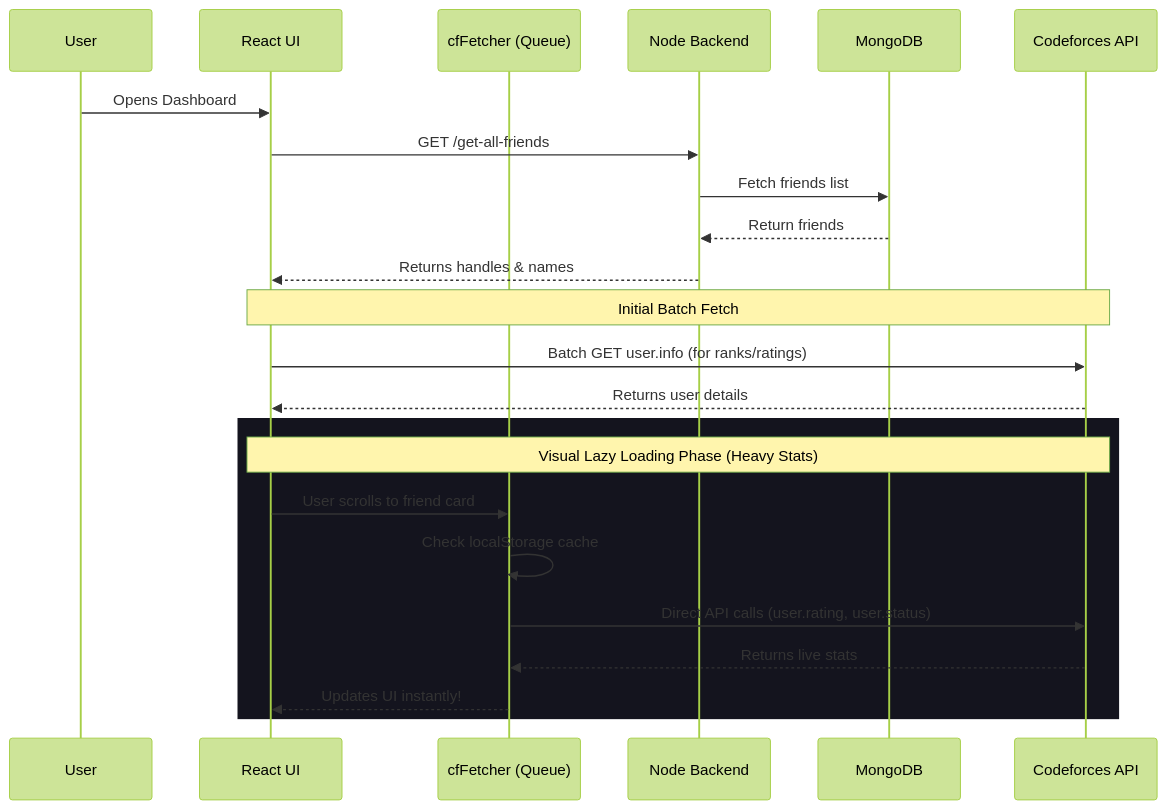
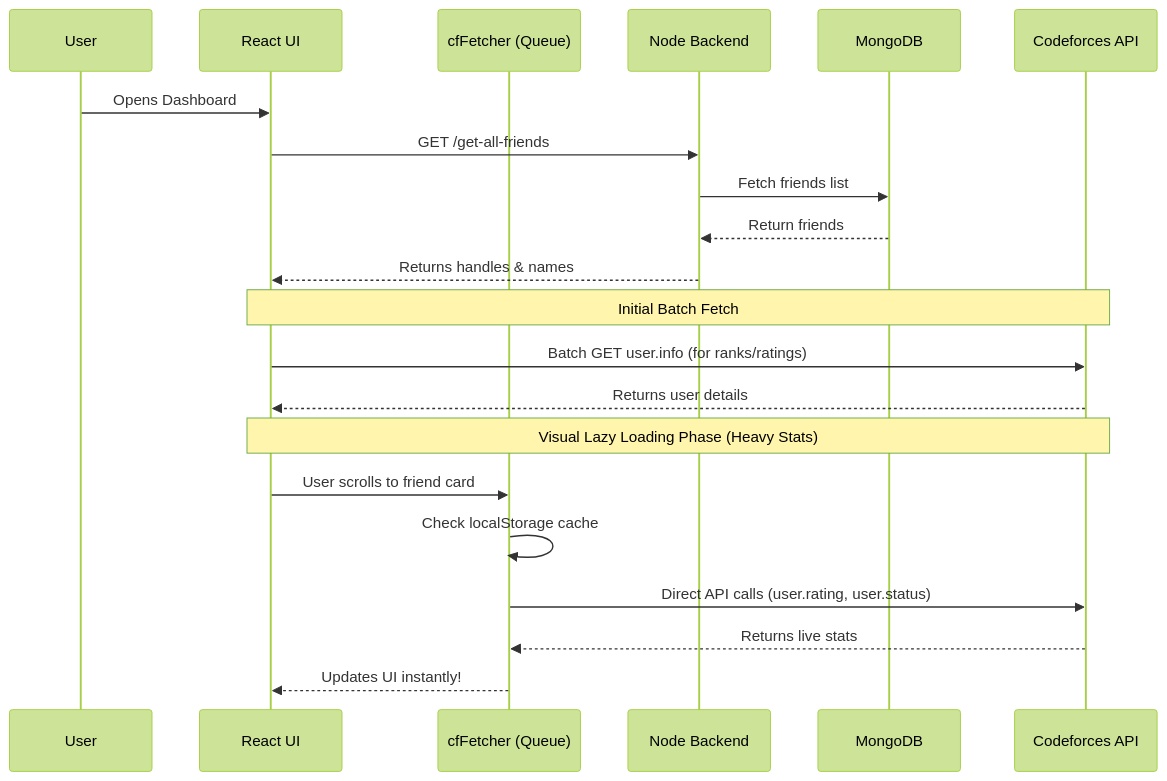
The diagram in README.md (jarchit27/CodeSphere), drawn with Mermaid (forest theme) before and after one commit. The commit also changed other lines of this file, not shown here.

````diff
--- a/README.md
+++ b/README.md
@@ -32,28 +27,26 @@
 ```mermaid
 sequenceDiagram
     participant User
     participant React UI
     participant cfFetcher (Queue)
     participant Node Backend
     participant MongoDB
     participant Codeforces API
 
     User->>React UI: Opens Dashboard
     React UI->>Node Backend: GET /get-all-friends
     Node Backend->>MongoDB: Fetch friends list
     MongoDB-->>Node Backend: Return friends
     Node Backend-->>React UI: Returns handles & names
     
     Note over React UI, Codeforces API: Initial Batch Fetch
     React UI->>Codeforces API: Batch GET user.info (for ranks/ratings)
     Codeforces API-->>React UI: Returns user details
     
-    rect rgb(20, 20, 30)
     Note over React UI, Codeforces API: Visual Lazy Loading Phase (Heavy Stats)
     React UI->>cfFetcher (Queue): User scrolls to friend card
     cfFetcher (Queue)->>cfFetcher (Queue): Check localStorage cache
     cfFetcher (Queue)->>Codeforces API: Direct API calls (user.rating, user.status)
     Codeforces API-->>cfFetcher (Queue): Returns live stats
     cfFetcher (Queue)-->>React UI: Updates UI instantly!
-    end
 ```
````
